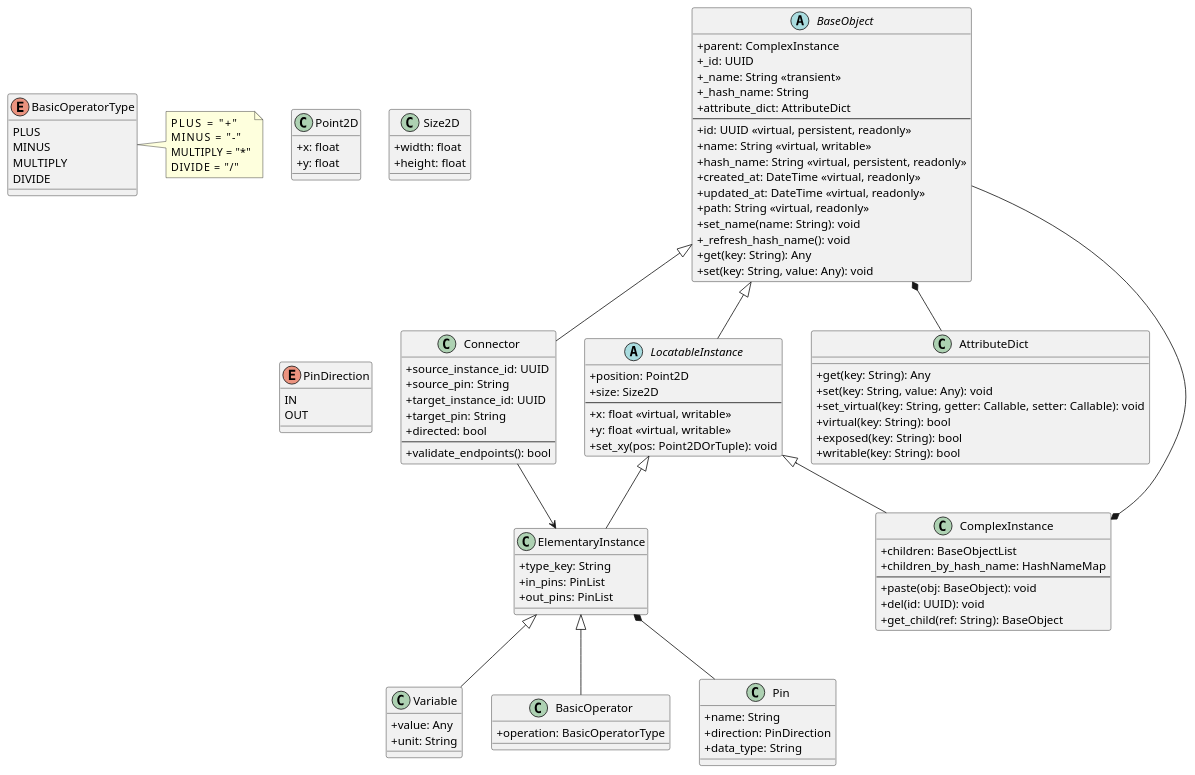
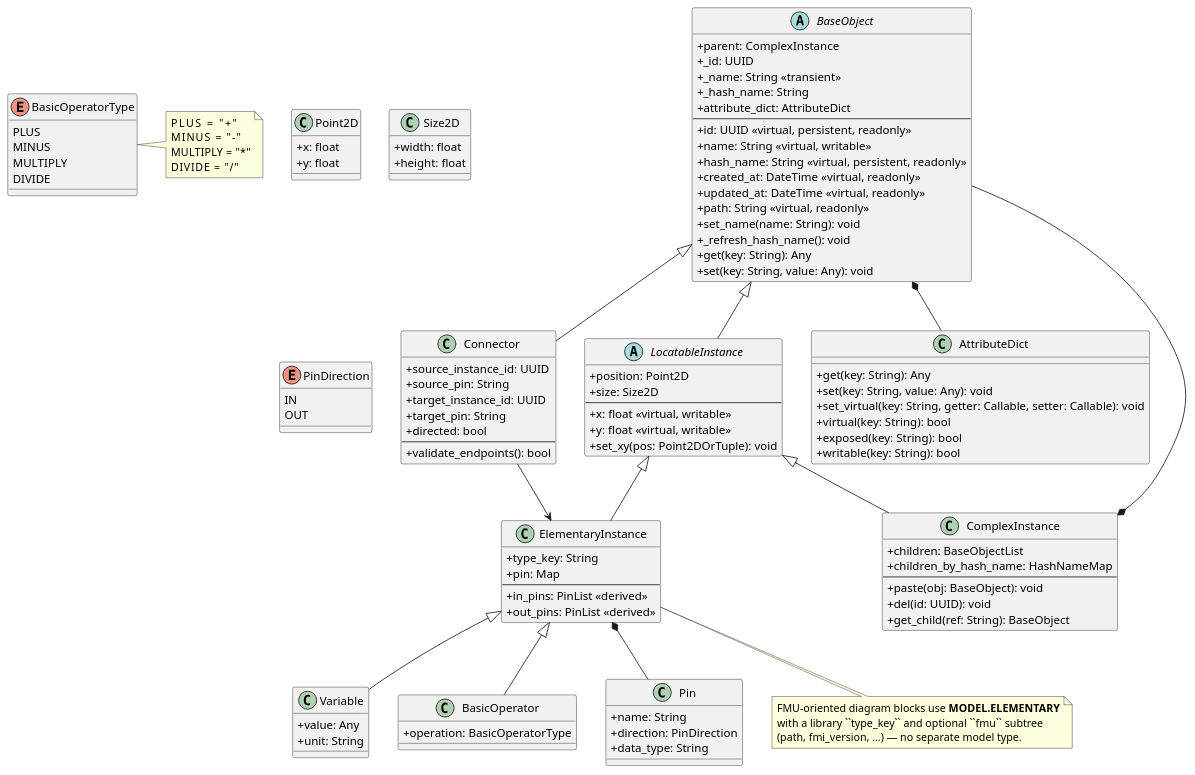
One commit to synarius-project/synarius-core changed the diagram in docs/requirements/components/data_model_uml.puml. Above: the diagram before and after it, drawn with PlantUML. The commit also changed 50 other files, not shown here.

```diff
--- a/docs/requirements/components/data_model_uml.puml
+++ b/docs/requirements/components/data_model_uml.puml
@@ -1,122 +1,130 @@
 @startuml DataModel
 skinparam classAttributeIconSize 0
 
 abstract class BaseObject {
   +parent: ComplexInstance
   +_id: UUID
   +_name: String <<transient>>
   +_hash_name: String
   +attribute_dict: AttributeDict
   --
   +id: UUID <<virtual, persistent, readonly>>
   +name: String <<virtual, writable>>
   +hash_name: String <<virtual, persistent, readonly>>
   +created_at: DateTime <<virtual, readonly>>
   +updated_at: DateTime <<virtual, readonly>>
   +path: String <<virtual, readonly>>
   +set_name(name: String): void
   +_refresh_hash_name(): void
   +get(key: String): Any
   +set(key: String, value: Any): void
 }
 
 abstract class LocatableInstance {
   +position: Point2D
   +size: Size2D
   --
   +x: float <<virtual, writable>>
   +y: float <<virtual, writable>>
   +set_xy(pos: Point2DOrTuple): void
 }
 
 class ElementaryInstance {
   +type_key: String
-  +in_pins: PinList
-  +out_pins: PinList
+  +pin: Map
+  --
+  +in_pins: PinList <<derived>>
+  +out_pins: PinList <<derived>>
 }
 
 class Variable {
   +value: Any
   +unit: String
 }
 
 class BasicOperator {
   +operation: BasicOperatorType
 }
 
 class ComplexInstance {
   +children: BaseObjectList
   +children_by_hash_name: HashNameMap
   --
   +paste(obj: BaseObject): void
   +del(id: UUID): void
   +get_child(ref: String): BaseObject
 }
 
 class Connector {
   +source_instance_id: UUID
   +source_pin: String
   +target_instance_id: UUID
   +target_pin: String
   +directed: bool
   --
   +validate_endpoints(): bool
 }
 
 class Pin {
   +name: String
   +direction: PinDirection
   +data_type: String
 }
 
 class Point2D {
   +x: float
   +y: float
 }
 
 class Size2D {
   +width: float
   +height: float
 }
 
 enum PinDirection {
   IN
   OUT
 }
 
 enum BasicOperatorType {
   PLUS
   MINUS
   MULTIPLY
   DIVIDE
 }
 
 note right of BasicOperatorType
   PLUS      = "+"
   MINUS     = "-"
   MULTIPLY  = "*"
   DIVIDE    = "/"
 end note
 
 class AttributeDict {
   +get(key: String): Any
   +set(key: String, value: Any): void
   +set_virtual(key: String, getter: Callable, setter: Callable): void
   +virtual(key: String): bool
   +exposed(key: String): bool
   +writable(key: String): bool
 }
 
 BaseObject <|-- LocatableInstance
 LocatableInstance <|-- ElementaryInstance
 LocatableInstance <|-- ComplexInstance
 ElementaryInstance <|-- Variable
 ElementaryInstance <|-- BasicOperator
 BaseObject <|-- Connector
 
+note bottom of ElementaryInstance
+  FMU-oriented diagram blocks use **MODEL.ELEMENTARY**
+  with a library ``type_key`` and optional ``fmu`` subtree
+  (path, fmi_version, …) — no separate model type.
+end note
+
 ComplexInstance *-- BaseObject
 ElementaryInstance *-- Pin
 BaseObject *-- AttributeDict
 Connector --> ElementaryInstance
 
 @enduml
```
